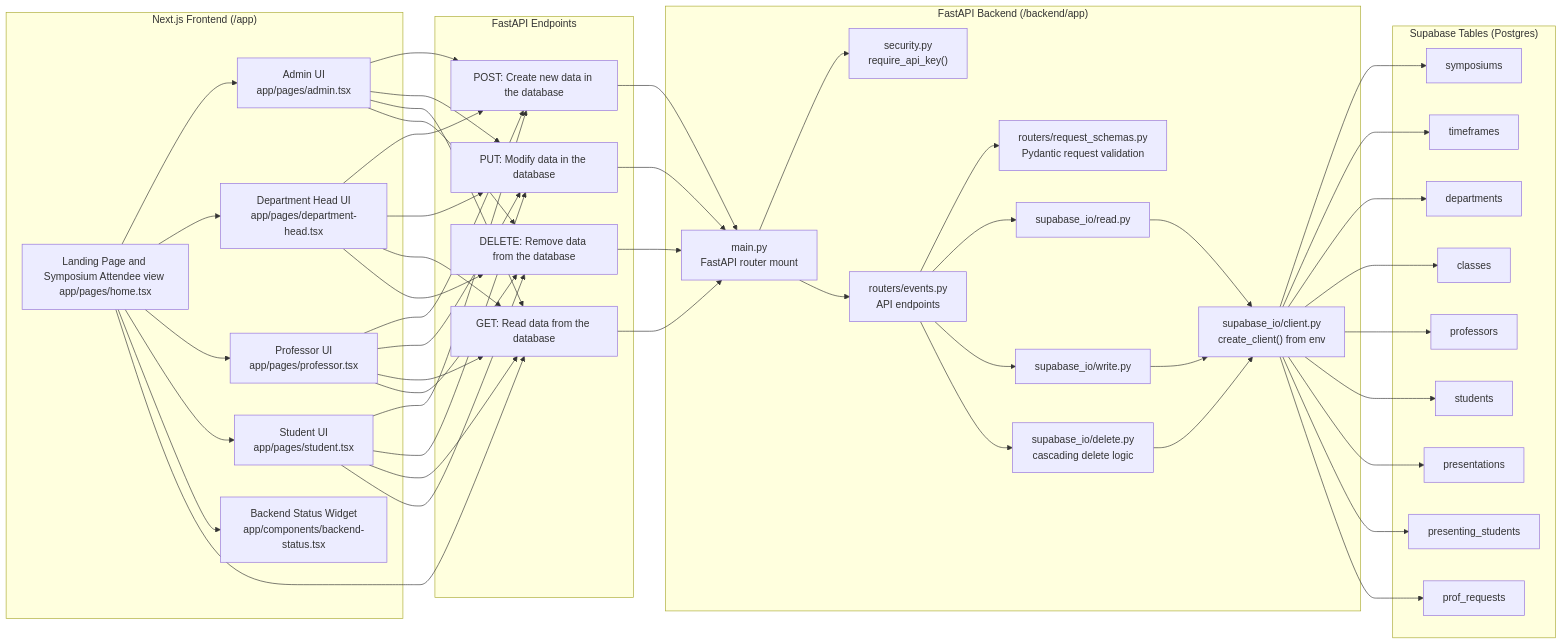
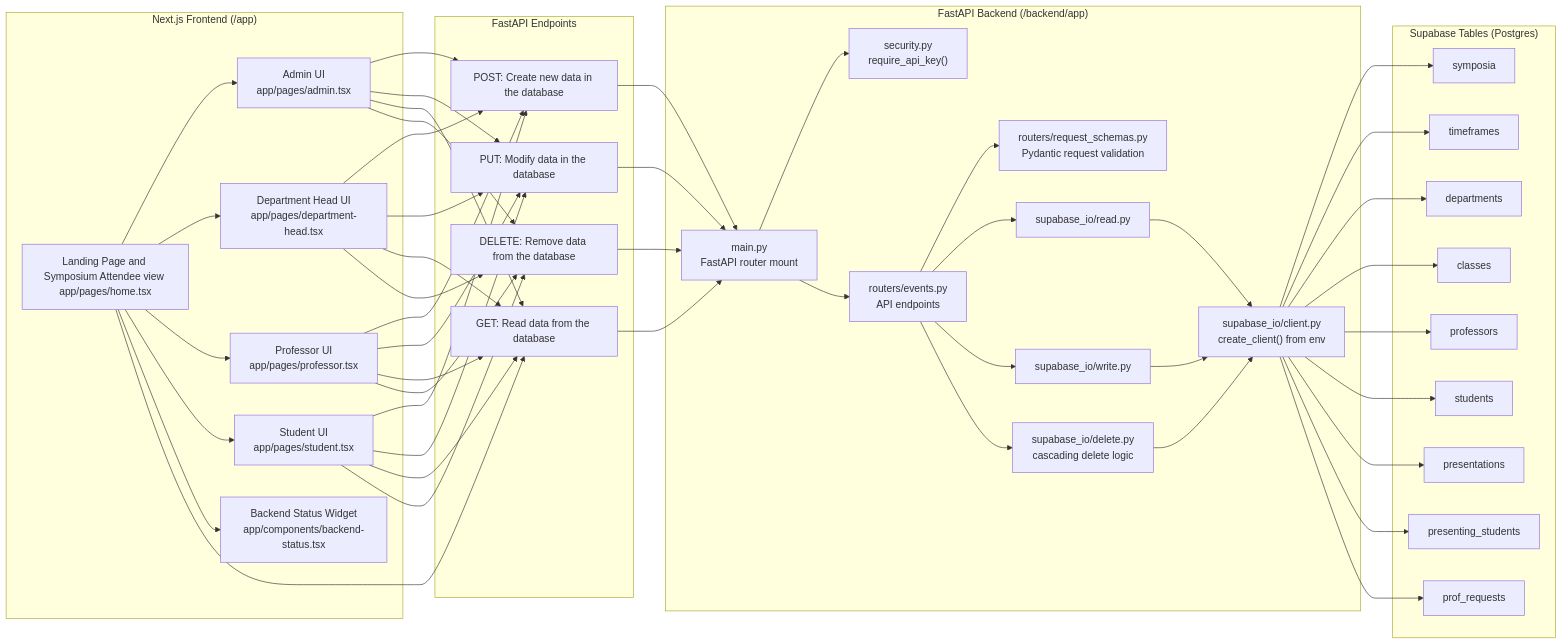
One commit to occscheduler-blip/conference-scheduler changed the diagram in docs/structural_diagram_old.md. Above: the diagram before and after it, drawn with Mermaid. The commit also changed other lines of this file and 20 other files, not shown here.

```diff
--- a/docs/structural_diagram_old.md
+++ b/docs/structural_diagram_old.md
@@ -31,7 +31,7 @@
   end
 
   subgraph DB["Supabase Tables (Postgres)"]
-    Symposiums["symposiums"]
+    Symposia["symposia"]
     Timeframes["timeframes"]
     Departments["departments"]
     Classes["classes"]
@@ -86,7 +86,7 @@
   IOWrite --> SBClient
   IODelete --> SBClient
 
-  SBClient --> Symposiums
+  SBClient --> Symposia
   SBClient --> Timeframes
   SBClient --> Departments
   SBClient --> Classes
```
